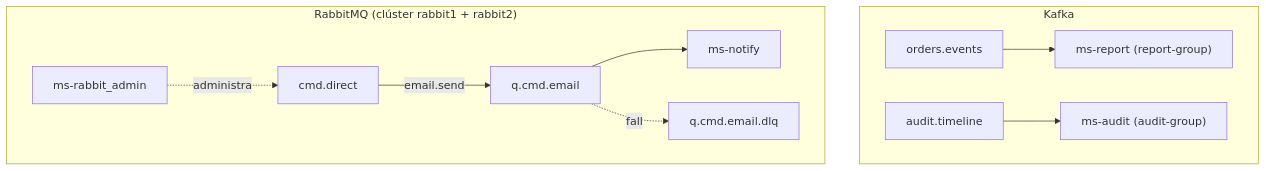
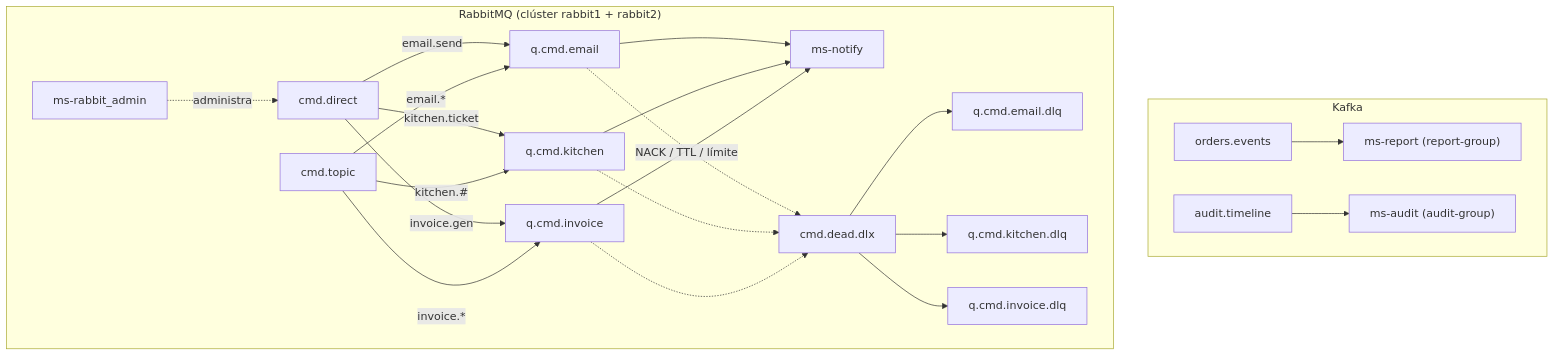
One commit to meninaaa/pedidos360-backend changed the third of 3 diagrams in README.md. Above: the diagram before and after it, drawn with Mermaid. The commit also changed other lines of this file, not shown here.

````diff
--- a/README.md
+++ b/README.md
@@ -92,13 +92,25 @@
 ```mermaid
 graph TB
     subgraph Kafka
         T1["orders.events"] --> REP["ms-report (report-group)"]
         T2["audit.timeline"] --> AUD["ms-audit (audit-group)"]
     end
     subgraph RabbitMQ["RabbitMQ (clúster rabbit1 + rabbit2)"]
-        EX["cmd.direct"] -->|email.send| Q1["q.cmd.email"]
+        EXD["cmd.direct"] -->|email.send| Q1["q.cmd.email"]
+        EXD -->|kitchen.ticket| Q2["q.cmd.kitchen"]
+        EXD -->|invoice.gen| Q3["q.cmd.invoice"]
+        EXT["cmd.topic"] -->|"email.*"| Q1
+        EXT -->|"kitchen.#"| Q2
+        EXT -->|"invoice.*"| Q3
         Q1 --> NOT["ms-notify"]
-        Q1 -.fallo.-> DLQ1["q.cmd.email.dlq"]
-        ADM["ms-rabbit_admin"] -.administra.-> EX
+        Q2 --> NOT
+        Q3 --> NOT
+        Q1 -.NACK / TTL / límite.-> DLX["cmd.dead.dlx"]
+        Q2 -.-> DLX
+        Q3 -.-> DLX
+        DLX --> D1["q.cmd.email.dlq"]
+        DLX --> D2["q.cmd.kitchen.dlq"]
+        DLX --> D3["q.cmd.invoice.dlq"]
+        ADM["ms-rabbit_admin"] -.administra.-> EXD
     end
 ```
````
